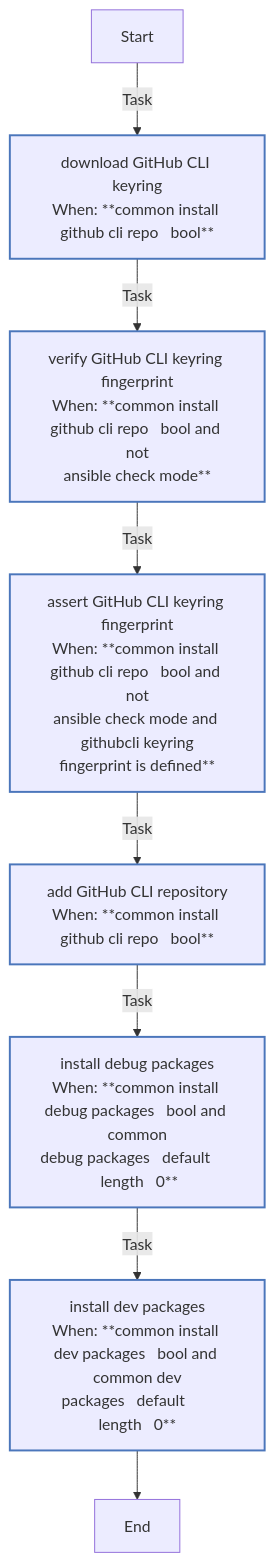
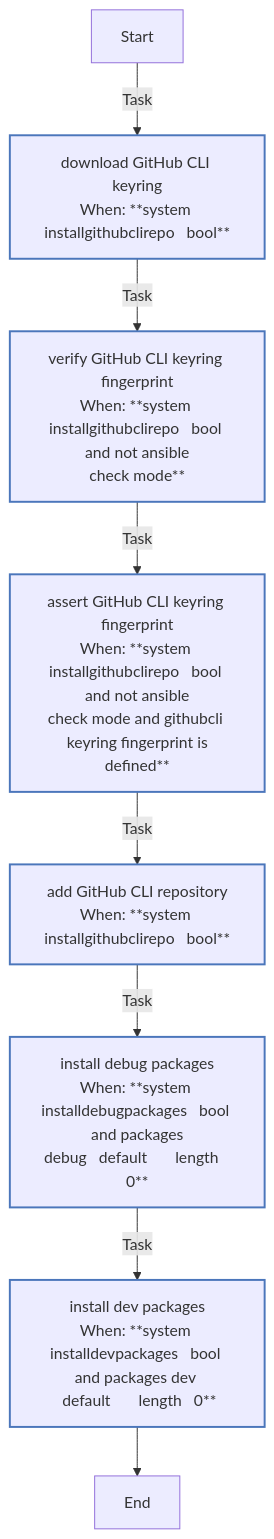
The second of 8 diagrams in roles/common/README.md (rou-cru/k3s-homelab), drawn with Mermaid before and after one commit. The commit also changed other lines of this file and 57 other files, not shown here.

````diff
--- a/roles/common/README.md
+++ b/roles/common/README.md
@@ -412,20 +412,20 @@
 ```mermaid
 flowchart TD
 Start
 classDef block stroke:#3498db,stroke-width:2px;
 classDef task stroke:#4b76bb,stroke-width:2px;
 classDef includeTasks stroke:#16a085,stroke-width:2px;
 classDef importTasks stroke:#34495e,stroke-width:2px;
 classDef includeRole stroke:#2980b9,stroke-width:2px;
 classDef importRole stroke:#699ba7,stroke-width:2px;
 classDef includeVars stroke:#8e44ad,stroke-width:2px;
 classDef rescue stroke:#665352,stroke-width:2px;
 
-  Start-->|Task| Download_GitHub_CLI_keyring0[download GitHub CLI keyring<br>When: **common install github cli repo   bool**]:::task
-  Download_GitHub_CLI_keyring0-->|Task| Verify_GitHub_CLI_keyring_fingerprint1[verify GitHub CLI keyring fingerprint<br>When: **common install github cli repo   bool and not<br>ansible check mode**]:::task
-  Verify_GitHub_CLI_keyring_fingerprint1-->|Task| Assert_GitHub_CLI_keyring_fingerprint2[assert GitHub CLI keyring fingerprint<br>When: **common install github cli repo   bool and not<br>ansible check mode and githubcli keyring<br>fingerprint is defined**]:::task
-  Assert_GitHub_CLI_keyring_fingerprint2-->|Task| Add_GitHub_CLI_repository3[add GitHub CLI repository<br>When: **common install github cli repo   bool**]:::task
-  Add_GitHub_CLI_repository3-->|Task| Install_debug_packages4[install debug packages<br>When: **common install debug packages   bool and common<br>debug packages   default       length   0**]:::task
-  Install_debug_packages4-->|Task| Install_dev_packages5[install dev packages<br>When: **common install dev packages   bool and common dev<br>packages   default       length   0**]:::task
+  Start-->|Task| Download_GitHub_CLI_keyring0[download GitHub CLI keyring<br>When: **system installgithubclirepo   bool**]:::task
+  Download_GitHub_CLI_keyring0-->|Task| Verify_GitHub_CLI_keyring_fingerprint1[verify GitHub CLI keyring fingerprint<br>When: **system installgithubclirepo   bool and not ansible<br>check mode**]:::task
+  Verify_GitHub_CLI_keyring_fingerprint1-->|Task| Assert_GitHub_CLI_keyring_fingerprint2[assert GitHub CLI keyring fingerprint<br>When: **system installgithubclirepo   bool and not ansible<br>check mode and githubcli keyring fingerprint is<br>defined**]:::task
+  Assert_GitHub_CLI_keyring_fingerprint2-->|Task| Add_GitHub_CLI_repository3[add GitHub CLI repository<br>When: **system installgithubclirepo   bool**]:::task
+  Add_GitHub_CLI_repository3-->|Task| Install_debug_packages4[install debug packages<br>When: **system installdebugpackages   bool and packages<br>debug   default       length   0**]:::task
+  Install_debug_packages4-->|Task| Install_dev_packages5[install dev packages<br>When: **system installdevpackages   bool and packages dev <br> default       length   0**]:::task
   Install_dev_packages5-->End
 ```
````
